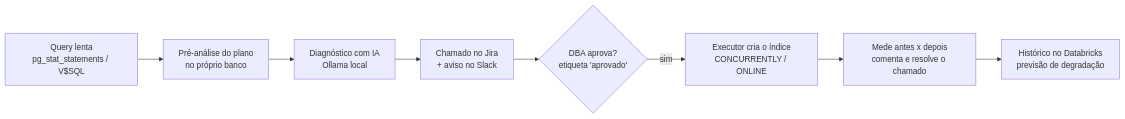
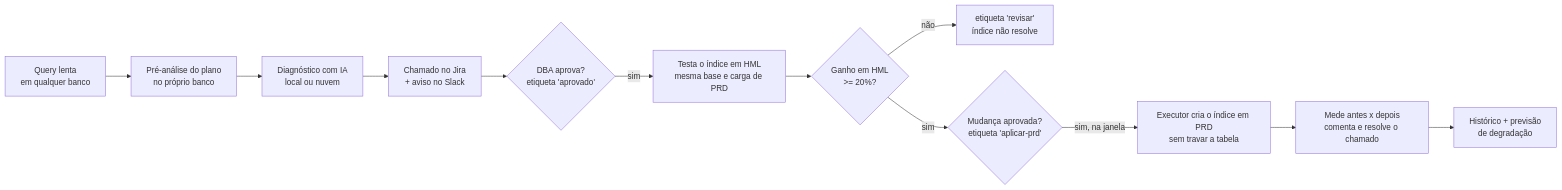
The first of 2 diagrams in README.md (LuiixCampos/monitor-db-ia), drawn with Mermaid before and after one commit. The commit also changed other lines of this file and 40 other files, not shown here.

Commit message:
Base ampliada, multibanco, esteira HML/PRD, previsão e deploy Azure

````diff
--- a/README.md
+++ b/README.md
@@ -16,10 +17,14 @@
 ```mermaid
 flowchart LR
-    A[Query lenta<br/>pg_stat_statements / V$SQL] --> B[Pré-análise do plano<br/>no próprio banco]
-    B --> C[Diagnóstico com IA<br/>Ollama local]
+    A[Query lenta<br/>em qualquer banco] --> B[Pré-análise do plano<br/>no próprio banco]
+    B --> C[Diagnóstico com IA<br/>local ou nuvem]
     C --> D[Chamado no Jira<br/>+ aviso no Slack]
     D --> E{DBA aprova?<br/>etiqueta 'aprovado'}
-    E -- sim --> F[Executor cria o índice<br/>CONCURRENTLY / ONLINE]
+    E -- sim --> T[Testa o índice em HML<br/>mesma base e carga de PRD]
+    T --> L{Ganho em HML<br/>>= 20%?}
+    L -- não --> R[etiqueta 'revisar'<br/>índice não resolve]
+    L -- sim --> M{Mudança aprovada?<br/>etiqueta 'aplicar-prd'}
+    M -- sim, na janela --> F[Executor cria o índice em PRD<br/>sem travar a tabela]
     F --> G[Mede antes x depois<br/>comenta e resolve o chamado]
-    G --> H[Histórico no Databricks<br/>previsão de degradação]
+    G --> H[Histórico + previsão<br/>de degradação]
 ```
````
